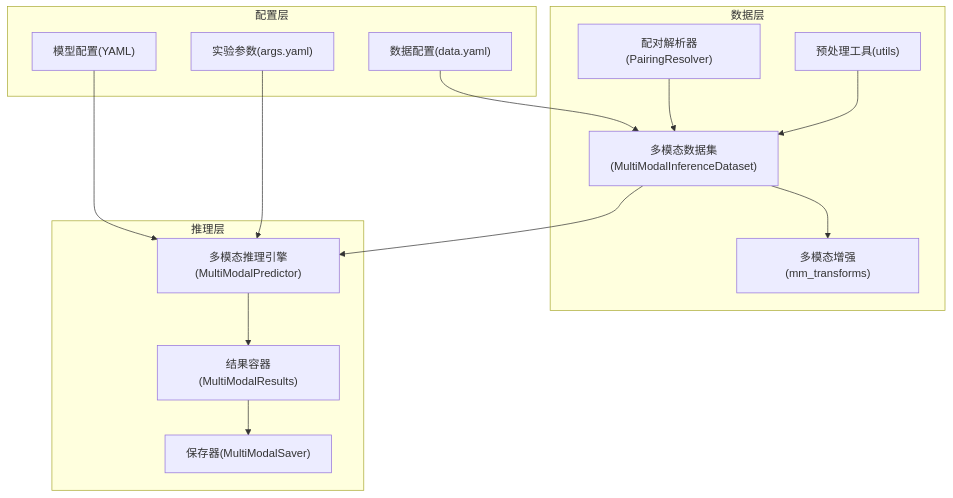
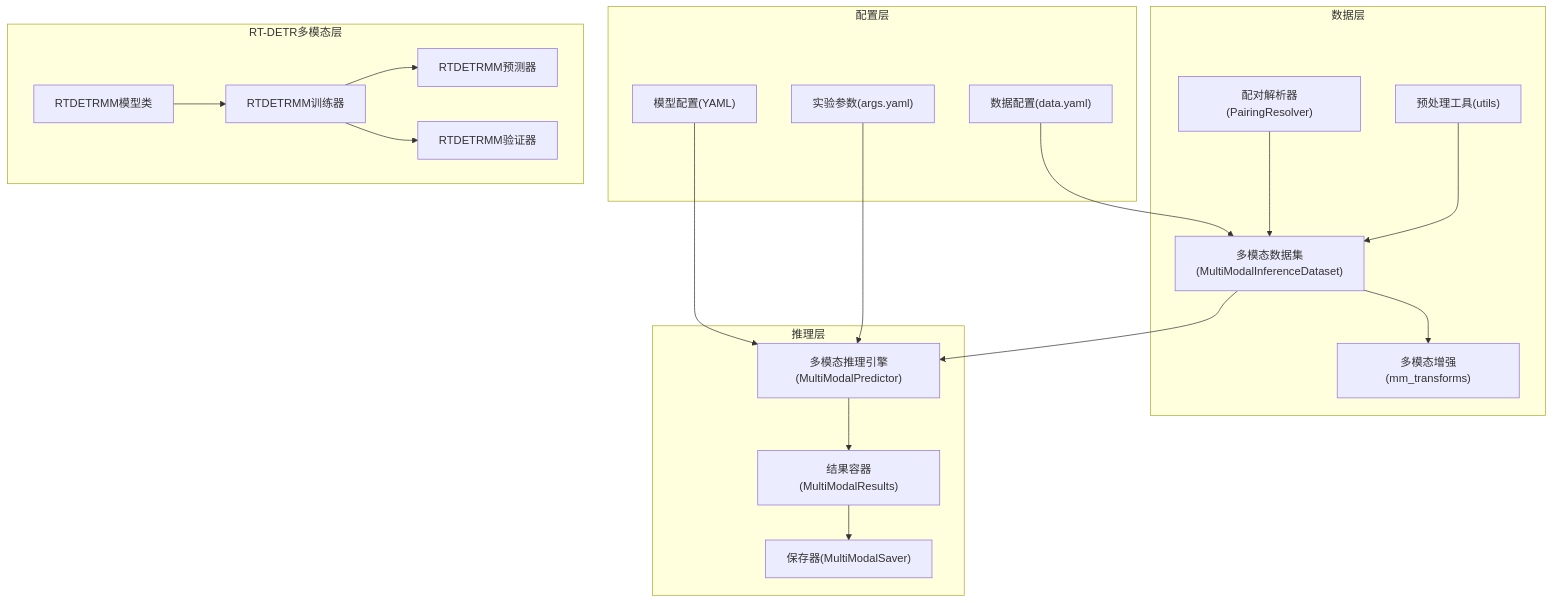
The first of 9 diagrams in .qoder/repowiki/zh/content/模型配置与管理/训练配置管理/多模态训练配置.md (2208754827/MM-IMPROVE), drawn with Mermaid before and after one commit. The commit also changed other lines of this file and 202 other files, not shown here.

````diff
--- a/.qoder/repowiki/zh/content/模型配置与管理/训练配置管理/多模态训练配置.md
+++ b/.qoder/repowiki/zh/content/模型配置与管理/训练配置管理/多模态训练配置.md
@@ -42,28 +59,37 @@
 ```mermaid
 graph TB
 subgraph "配置层"
 CFG_YAML["模型配置(YAML)"]
 DATA_YAML["数据配置(data.yaml)"]
 ARGS_YAML["实验参数(args.yaml)"]
 end
 subgraph "数据层"
 PAIR["配对解析器(PairingResolver)"]
 DS["多模态数据集(MultiModalInferenceDataset)"]
 AUG["多模态增强(mm_transforms)"]
 UTILS["预处理工具(utils)"]
 end
 subgraph "推理层"
 PRED["多模态推理引擎(MultiModalPredictor)"]
 RES["结果容器(MultiModalResults)"]
 SAVE["保存器(MultiModalSaver)"]
 end
+subgraph "RT-DETR多模态层"
+RTMM_MODEL["RTDETRMM模型类"]
+RTMM_TRAINER["RTDETRMM训练器"]
+RTMM_PREDICTOR["RTDETRMM预测器"]
+RTMM_VALIDATOR["RTDETRMM验证器"]
+end
 CFG_YAML --> PRED
 DATA_YAML --> DS
 ARGS_YAML --> PRED
 PAIR --> DS
 DS --> AUG
 DS --> PRED
 PRED --> RES
 RES --> SAVE
 UTILS --> DS
+RTMM_MODEL --> RTMM_TRAINER
+RTMM_TRAINER --> RTMM_PREDICTOR
+RTMM_TRAINER --> RTMM_VALIDATOR
 ```
````
